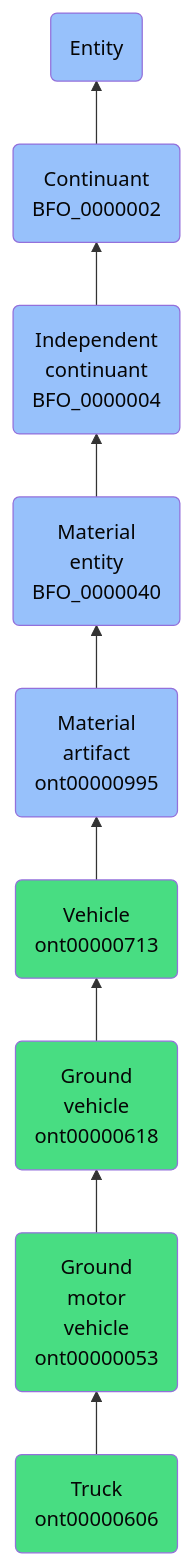
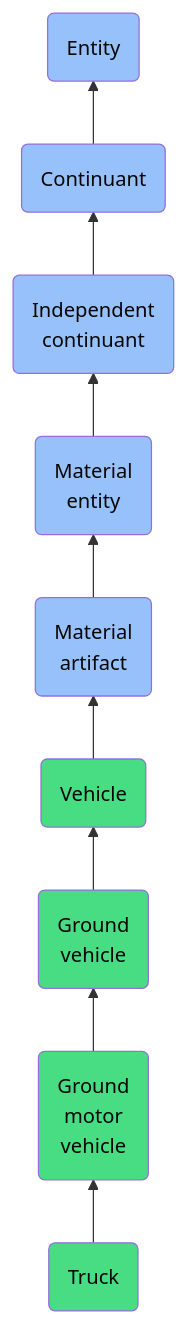
One commit to jupyter-naas/abi changed the diagram in docs/ontology/reference/model/Entity/Continuant/Independent continuant/Material entity/Material artifact/Vehicle/Ground vehicle/Ground motor vehicle/Truck/Truck.md. Above: the diagram before and after it, drawn with Mermaid. The commit also changed other lines of this file and 1430 other files, not shown here.

````diff
--- a/docs/ontology/reference/model/Entity/Continuant/Independent continuant/Material entity/Material artifact/Vehicle/Ground vehicle/Ground motor vehicle/Truck/Truck.md
+++ b/docs/ontology/reference/model/Entity/Continuant/Independent continuant/Material entity/Material artifact/Vehicle/Ground vehicle/Ground motor vehicle/Truck/Truck.md
@@ -24,16 +24,16 @@
 ```mermaid
 graph BT
-    ont00000606(Truck<br>ont00000606):::ABI-->ont00000053
-    ont00000053(Ground<br>motor<br>vehicle<br>ont00000053):::ABI-->ont00000618
-    ont00000618(Ground<br>vehicle<br>ont00000618):::ABI-->ont00000713
-    ont00000713(Vehicle<br>ont00000713):::ABI-->ont00000995
-    ont00000995(Material<br>artifact<br>ont00000995):::BFO-->BFO_0000040
-    BFO_0000040(Material<br>entity<br>BFO_0000040):::BFO-->BFO_0000004
-    BFO_0000004(Independent<br>continuant<br>BFO_0000004):::BFO-->BFO_0000002
-    BFO_0000002(Continuant<br>BFO_0000002):::BFO-->BFO_0000001
+    ont00000606(Truck):::ABI-->ont00000053
+    ont00000053(Ground<br>motor<br>vehicle):::ABI-->ont00000618
+    ont00000618(Ground<br>vehicle):::ABI-->ont00000713
+    ont00000713(Vehicle):::ABI-->ont00000995
+    ont00000995(Material<br>artifact):::BFO-->BFO_0000040
+    BFO_0000040(Material<br>entity):::BFO-->BFO_0000004
+    BFO_0000004(Independent<br>continuant):::BFO-->BFO_0000002
+    BFO_0000002(Continuant):::BFO-->BFO_0000001
     BFO_0000001(Entity):::BFO
     
     classDef BFO fill:#97c1fb,color:#060606
     classDef CCO fill:#e4c51e,color:#060606
     classDef ABI fill:#48DD82,color:#060606
 ```
````
